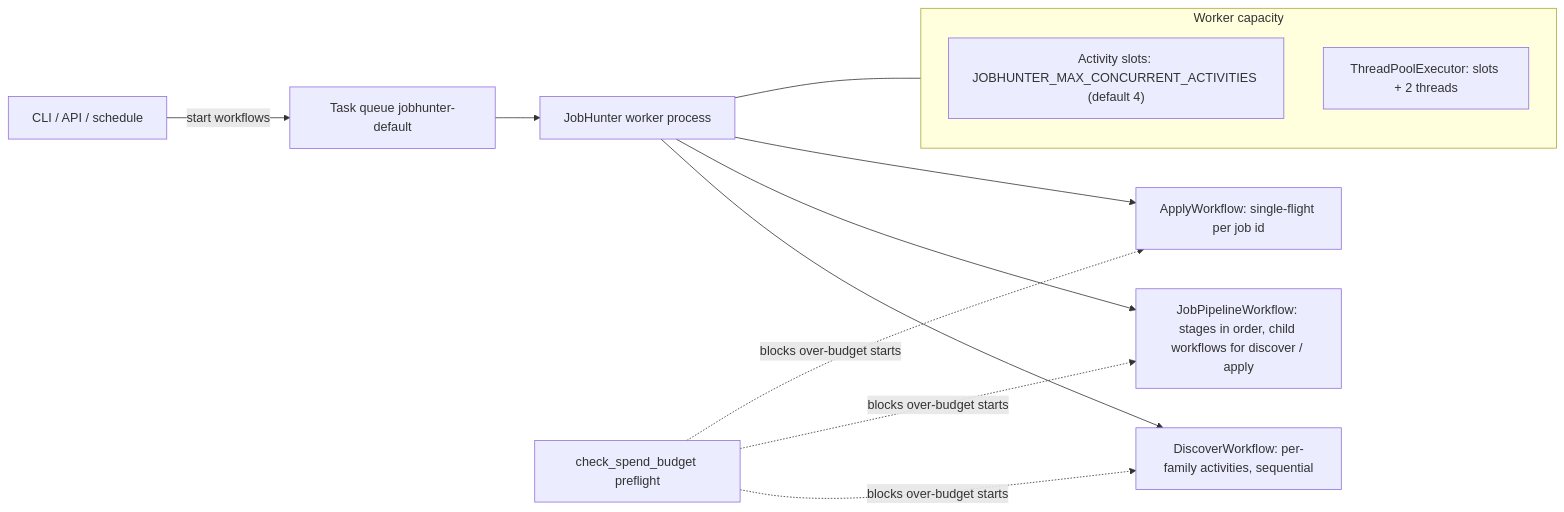
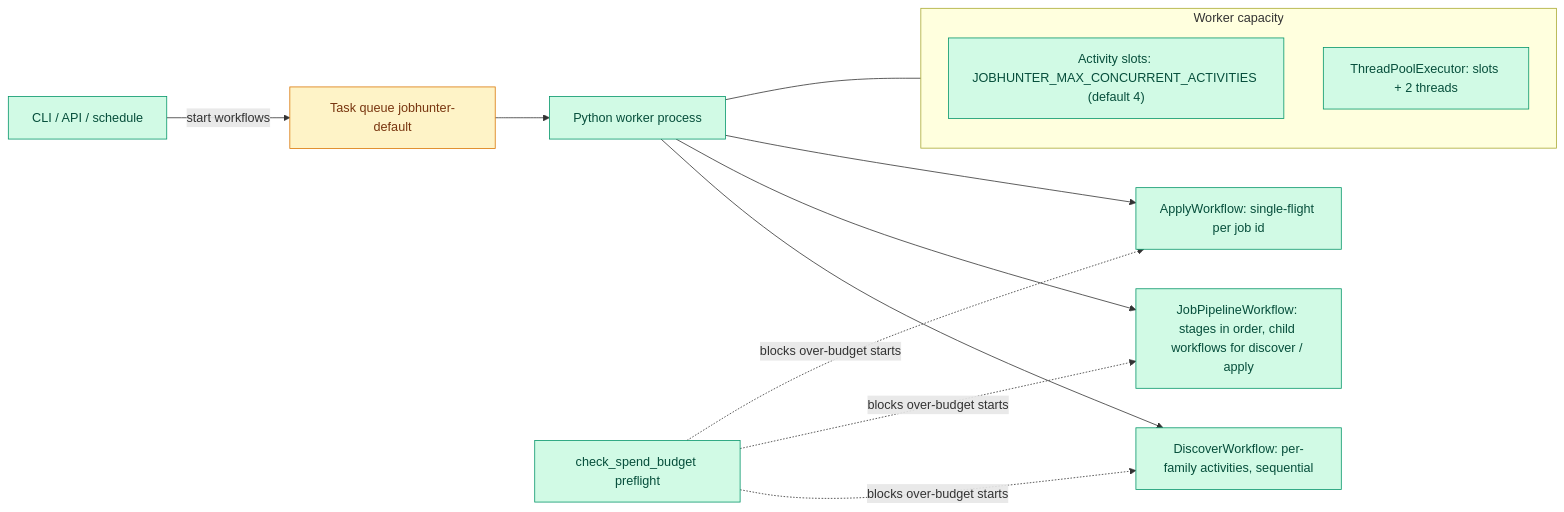
The diagram in docs/architecture/pipeline/concurrency.md (ebarti/JobCtrl), drawn with Mermaid before and after one commit. The commit also changed other lines of this file and 57 other files, not shown here.

````diff
--- a/docs/architecture/pipeline/concurrency.md
+++ b/docs/architecture/pipeline/concurrency.md
@@ -8,14 +11,19 @@
 ```mermaid
 flowchart LR
     CLI["CLI / API / schedule"] -->|start workflows| TQ["Task queue jobhunter-default"]
-    TQ --> W["JobHunter worker process"]
+    TQ --> W["Python worker process"]
     subgraph W2["Worker capacity"]
         SLOTS["Activity slots: JOBHUNTER_MAX_CONCURRENT_ACTIVITIES (default 4)"]
         EXEC["ThreadPoolExecutor: slots + 2 threads"]
     end
     W --- W2
     W --> D["DiscoverWorkflow: per-family activities, sequential"]
     W --> P["JobPipelineWorkflow: stages in order, child workflows for discover / apply"]
     W --> A["ApplyWorkflow: single-flight per job id"]
     BUDGET["check_spend_budget preflight"] -.->|blocks over-budget starts| D & P & A
+
+    classDef py fill:#d1fae5,stroke:#059669,color:#064e3b
+    classDef infra fill:#fef3c7,stroke:#d97706,color:#78350f
+    class CLI,W,SLOTS,EXEC,D,P,A,BUDGET py
+    class TQ infra
 ```
````
